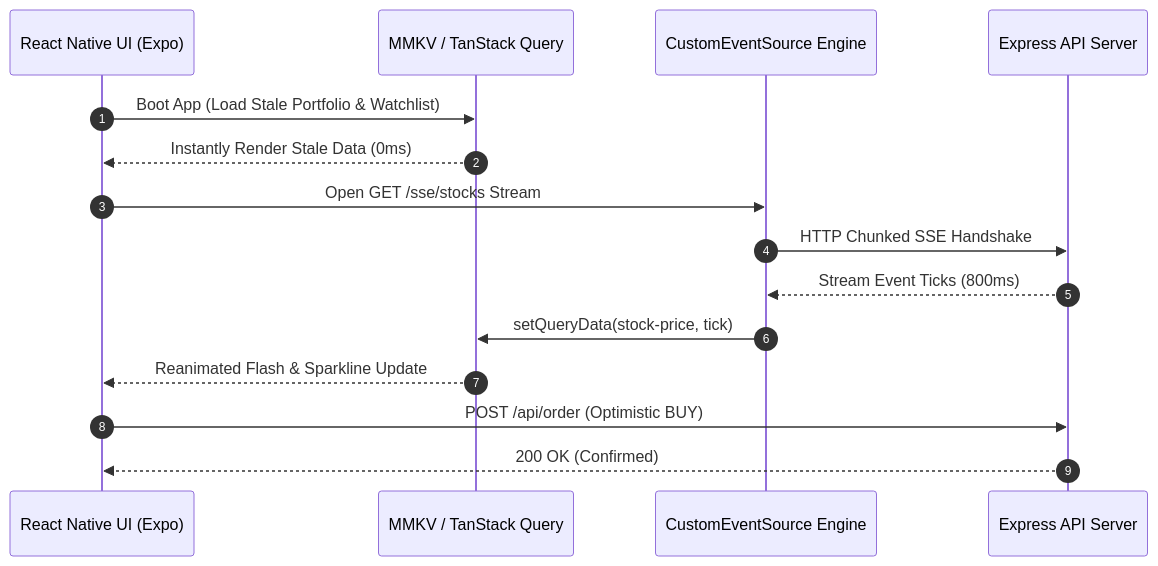
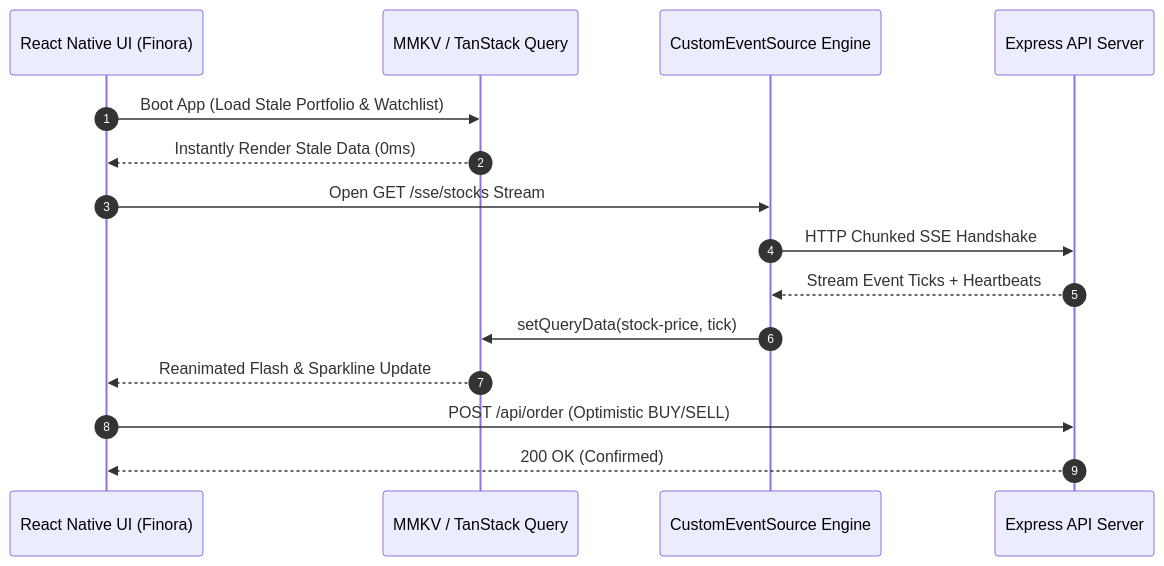
The diagram in README.md (Subramanya2/react-native-stock-dashboard), drawn with Mermaid before and after one commit. The commit also changed other lines of this file, not shown here.

Commit message:
docs: update README.md with Finora branding, features, env vars, and production deployment guide

````diff
--- a/README.md
+++ b/README.md
@@ -36,18 +38,18 @@
 ```mermaid
 sequenceDiagram
     autonumber
-    participant UI as React Native UI (Expo)
+    participant UI as React Native UI (Finora)
     participant Cache as MMKV / TanStack Query
     participant SSE as CustomEventSource Engine
     participant API as Express API Server
 
     UI->>Cache: Boot App (Load Stale Portfolio & Watchlist)
     Cache-->>UI: Instantly Render Stale Data (0ms)
     UI->>SSE: Open GET /sse/stocks Stream
     SSE->>API: HTTP Chunked SSE Handshake
-    API-->>SSE: Stream Event Ticks (800ms)
+    API-->>SSE: Stream Event Ticks + Heartbeats
     SSE->>Cache: setQueryData(stock-price, tick)
     Cache-->>UI: Reanimated Flash & Sparkline Update
-    UI->>API: POST /api/order (Optimistic BUY)
+    UI->>API: POST /api/order (Optimistic BUY/SELL)
     API-->>UI: 200 OK (Confirmed)
 ```
````
